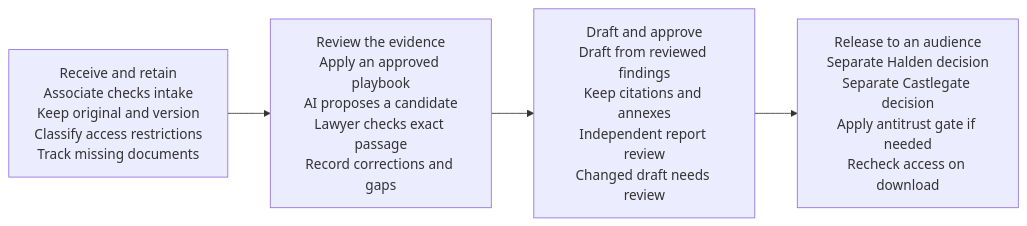
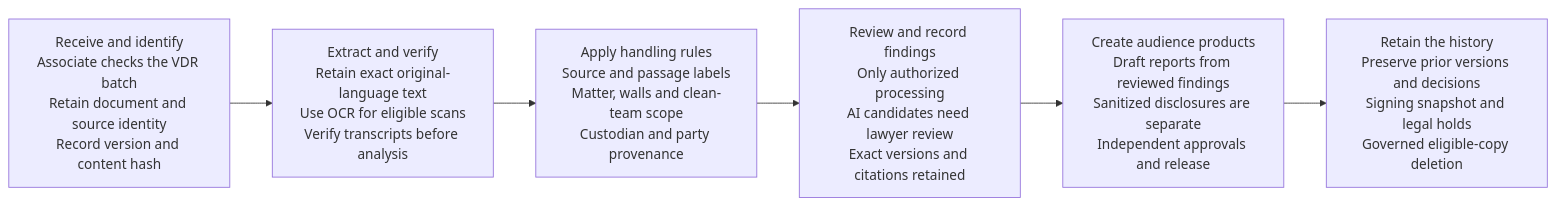
The diagram in backend/kestrel/data/resource_library/Document_to_Report.mmd (RamiJaloudi/project-kestrel), drawn with Mermaid before and after one commit. The commit also changed 454 other files, not shown here.

Commit message:
Organize guides and consolidate architecture and data diagrams

```diff
--- a/backend/kestrel/data/resource_library/Document_to_Report.mmd
+++ b/backend/kestrel/data/resource_library/Document_to_Report.mmd
@@ -1,8 +1,12 @@
 flowchart LR
-  S0["Receive and retain<br/>Associate checks intake<br/>Keep original and version<br/>Classify access restrictions<br/>Track missing documents"]
-  S1["Review the evidence<br/>Apply an approved playbook<br/>AI proposes a candidate<br/>Lawyer checks exact passage<br/>Record corrections and gaps"]
-  S0 --> S1
-  S2["Draft and approve<br/>Draft from reviewed findings<br/>Keep citations and annexes<br/>Independent report review<br/>Changed draft needs review"]
-  S1 --> S2
-  S3["Release to an audience<br/>Separate Halden decision<br/>Separate Castlegate decision<br/>Apply antitrust gate if needed<br/>Recheck access on download"]
-  S2 --> S3
+  N1["Receive and identify<br/>Associate checks the VDR batch<br/>Retain document and source identity<br/>Record version and content hash"]
+  N2["Extract and verify<br/>Retain exact original-language text<br/>Use OCR for eligible scans<br/>Verify transcripts before analysis"]
+  N3["Apply handling rules<br/>Source and passage labels<br/>Matter, walls and clean-team scope<br/>Custodian and party provenance"]
+  N4["Review and record findings<br/>Only authorized processing<br/>AI candidates need lawyer review<br/>Exact versions and citations retained"]
+  N5["Create audience products<br/>Draft reports from reviewed findings<br/>Sanitized disclosures are separate<br/>Independent approvals and release"]
+  N6["Retain the history<br/>Preserve prior versions and decisions<br/>Signing snapshot and legal holds<br/>Governed eligible-copy deletion"]
+  N1 --> N2
+  N2 --> N3
+  N3 --> N4
+  N4 --> N5
+  N5 --> N6
```
